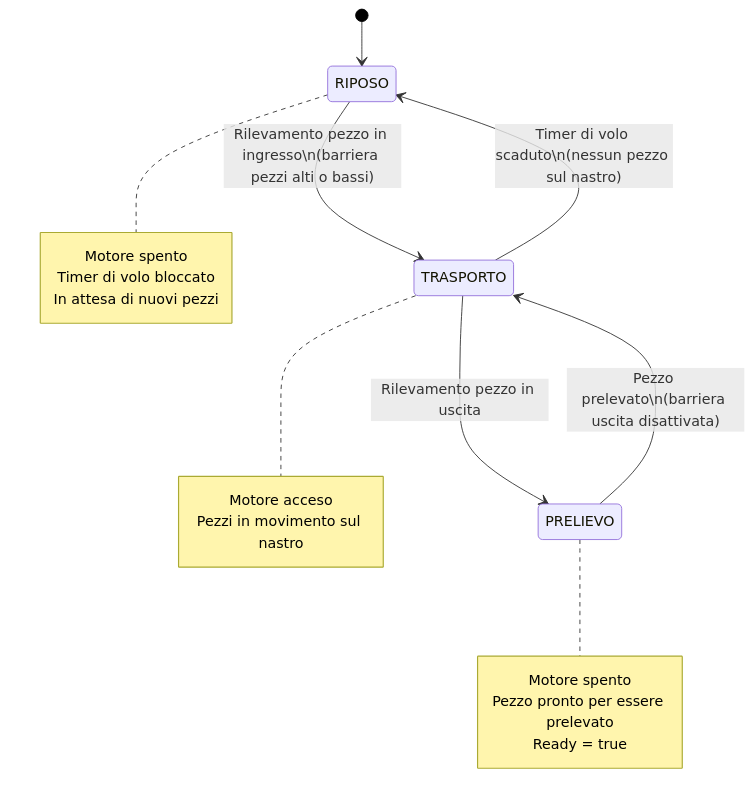
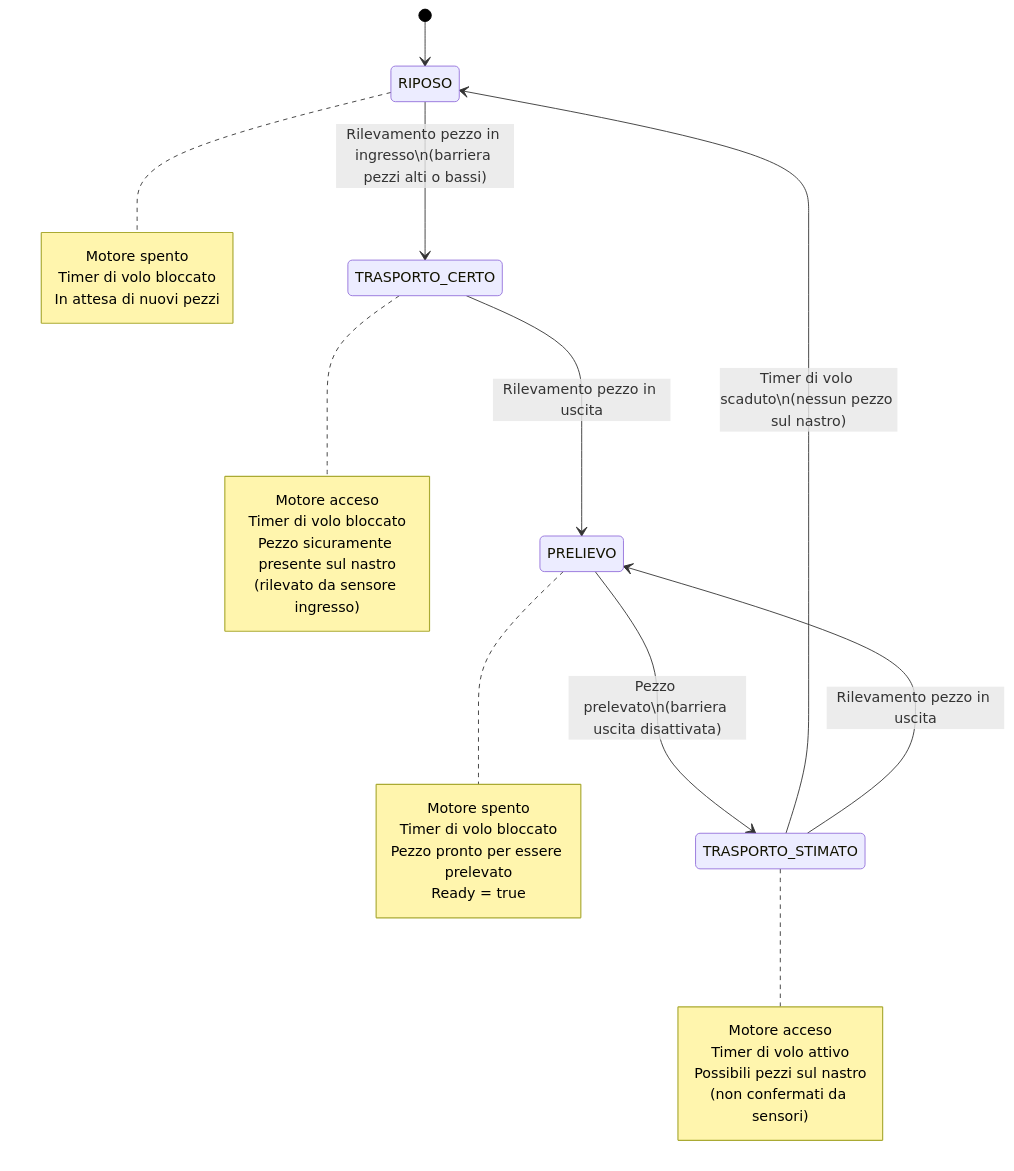
Before and after one commit to sebastianomelita/ArduinoBareMetal: the diagram in nastro.md, drawn with Mermaid.

````diff
--- a/nastro.md
+++ b/nastro.md
@@ -705,27 +705,38 @@
 ```mermaid
 %%{init: {'theme': 'default', 'themeVariables': { 'primaryColor': '#ffffff', 'primaryTextColor': '#000000', 'primaryBorderColor': '#000000', 'lineColor': '#000000', 'secondaryColor': '#f4f4f4', 'tertiaryColor': '#ffffff' }}}%%
 stateDiagram-v2
     [*] --> RIPOSO
     
-    RIPOSO --> TRASPORTO: Rilevamento pezzo in ingresso\n(barriera pezzi alti o bassi)
-    TRASPORTO --> PRELIEVO: Rilevamento pezzo in uscita
-    PRELIEVO --> TRASPORTO: Pezzo prelevato\n(barriera uscita disattivata)
-    TRASPORTO --> RIPOSO: Timer di volo scaduto\n(nessun pezzo sul nastro)
+    RIPOSO --> TRASPORTO_CERTO: Rilevamento pezzo in ingresso\n(barriera pezzi alti o bassi)
+    TRASPORTO_CERTO --> PRELIEVO: Rilevamento pezzo in uscita
+    PRELIEVO --> TRASPORTO_STIMATO: Pezzo prelevato\n(barriera uscita disattivata)
+    TRASPORTO_STIMATO --> RIPOSO: Timer di volo scaduto\n(nessun pezzo sul nastro)
+    TRASPORTO_STIMATO --> PRELIEVO: Rilevamento pezzo in uscita
     
     note right of RIPOSO
         Motore spento
         Timer di volo bloccato
         In attesa di nuovi pezzi
     end note
     
-    note right of TRASPORTO
+    note right of TRASPORTO_CERTO
         Motore acceso
-        Pezzi in movimento sul nastro
+        Timer di volo bloccato
+        Pezzo sicuramente presente sul nastro
+        (rilevato da sensore ingresso)
     end note
     
     note right of PRELIEVO
         Motore spento
+        Timer di volo bloccato
         Pezzo pronto per essere prelevato
         Ready = true
     end note
+    
+    note right of TRASPORTO_STIMATO
+        Motore acceso
+        Timer di volo attivo
+        Possibili pezzi sul nastro
+        (non confermati da sensori)
+    end note
 ```
````
